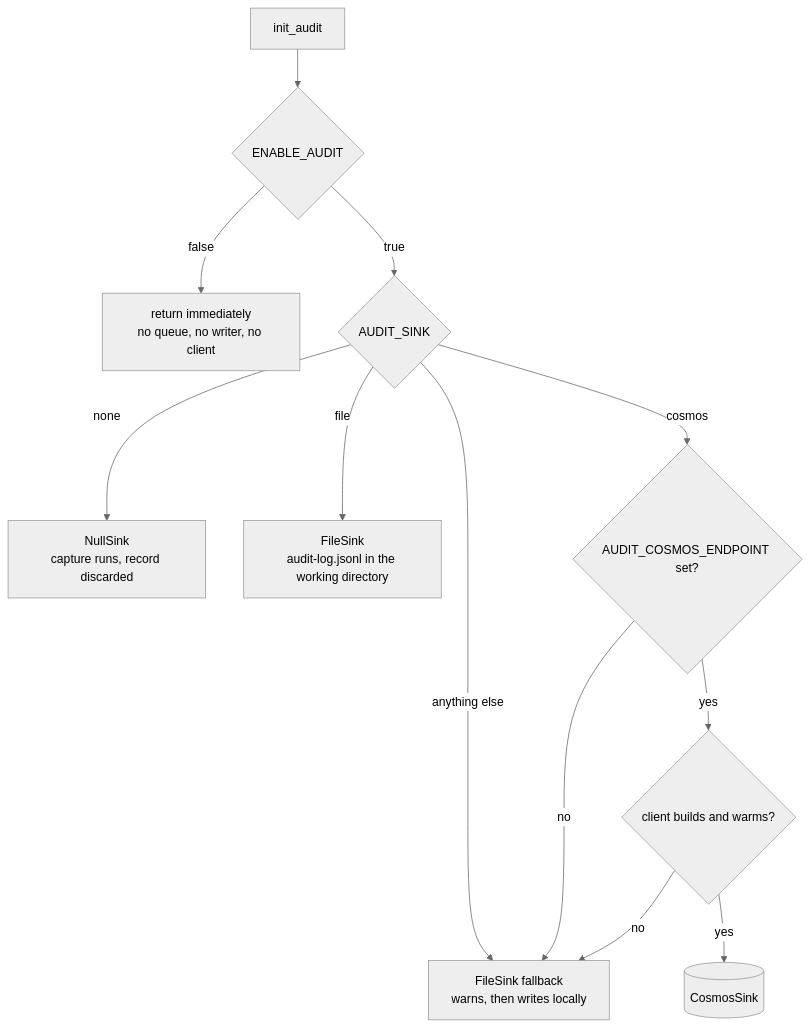
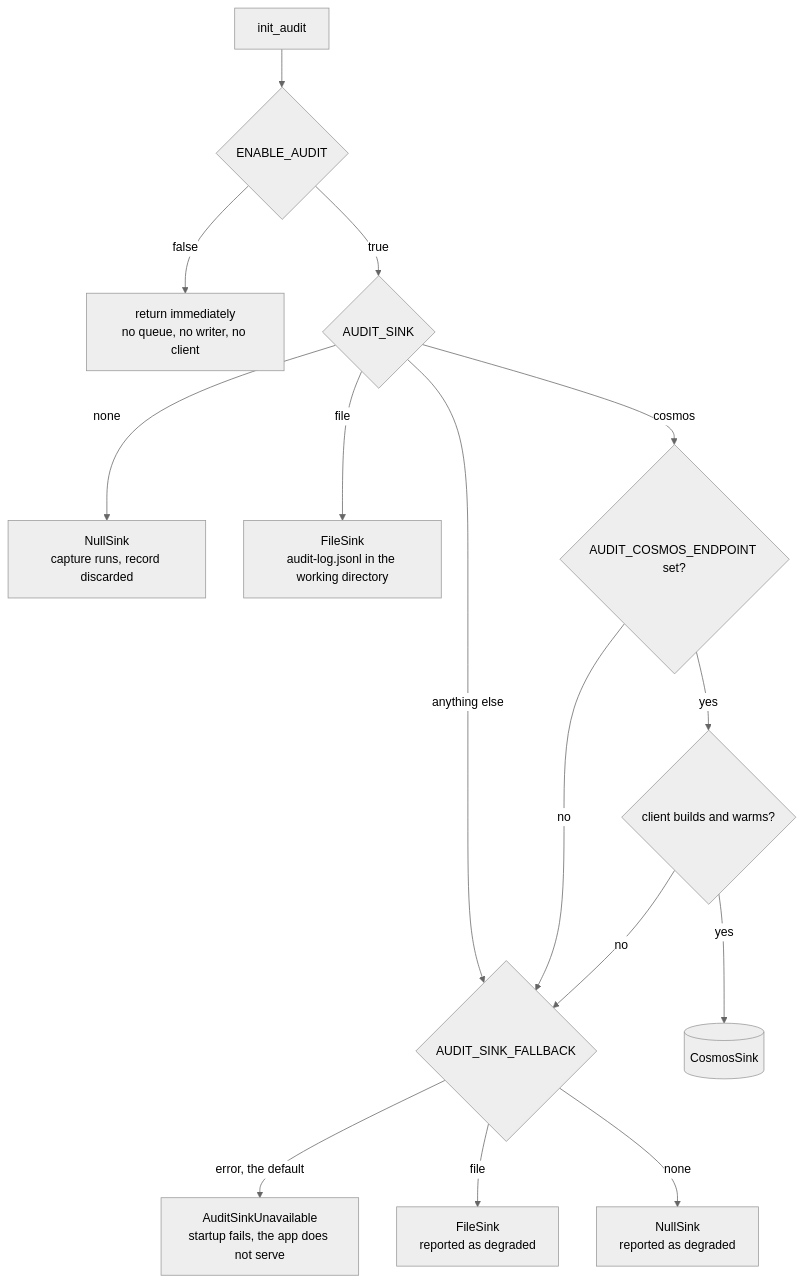
Before and after one commit to SridharArrabelly/avatar-forge: the third of 3 diagrams in docs/audit.md, drawn with Mermaid (neutral theme). The commit also changed other lines of this file and 7 other files, not shown here.

````diff
--- a/docs/audit.md
+++ b/docs/audit.md
@@ -367,14 +375,17 @@
 ```mermaid
 flowchart TB
     init[init_audit] --> sw{ENABLE_AUDIT}
     sw -->|false| skip[return immediately<br/>no queue, no writer, no client]
     sw -->|true| kind{AUDIT_SINK}
     kind -->|none| ns[NullSink<br/>capture runs, record discarded]
     kind -->|file| fs[FileSink<br/>audit-log.jsonl in the working directory]
-    kind -->|anything else| fb[FileSink fallback<br/>warns, then writes locally]
     kind -->|cosmos| ep{AUDIT_COSMOS_ENDPOINT set?}
-    ep -->|no| fb
+    kind -->|anything else| fbp
+    ep -->|no| fbp
     ep -->|yes| ok{client builds and warms?}
     ok -->|yes| cs[(CosmosSink)]
-    ok -->|no| fb
+    ok -->|no| fbp
+    fbp{AUDIT_SINK_FALLBACK} -->|error, the default| stop[AuditSinkUnavailable<br/>startup fails, the app does not serve]
+    fbp -->|file| degf[FileSink<br/>reported as degraded]
+    fbp -->|none| degn[NullSink<br/>reported as degraded]
 ```
````
